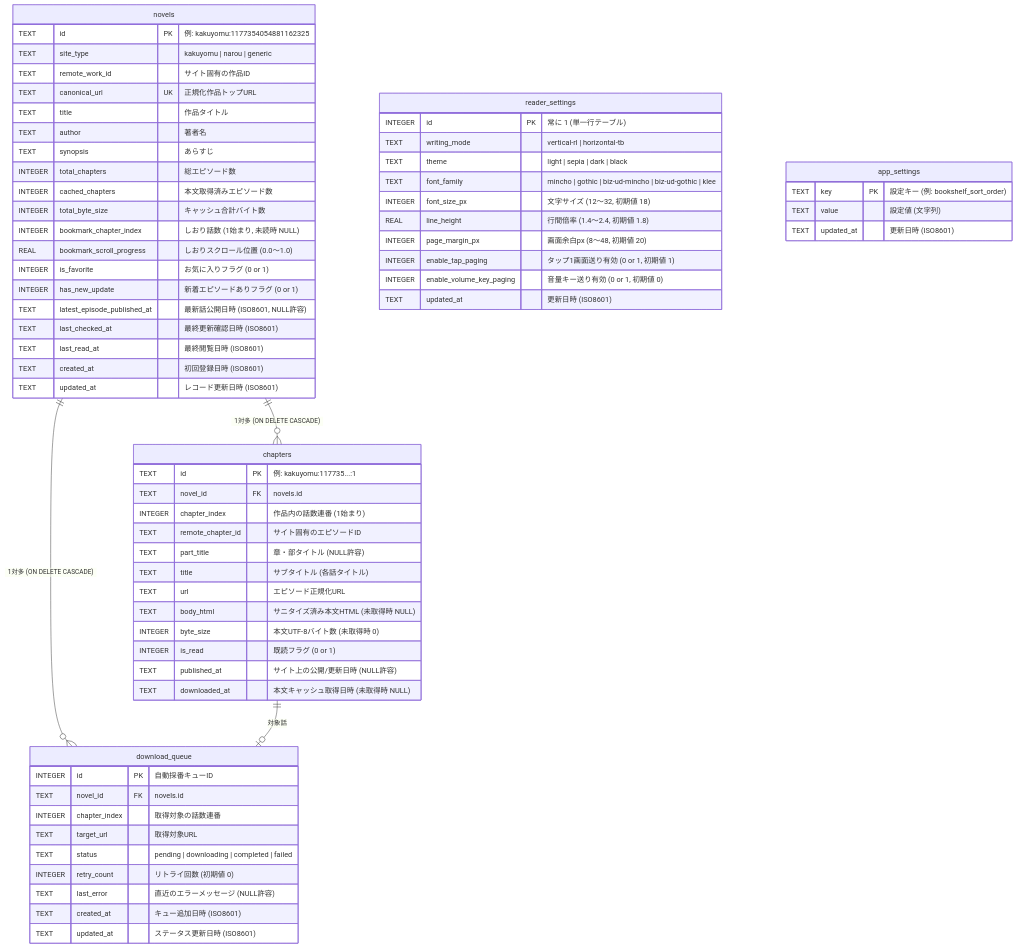
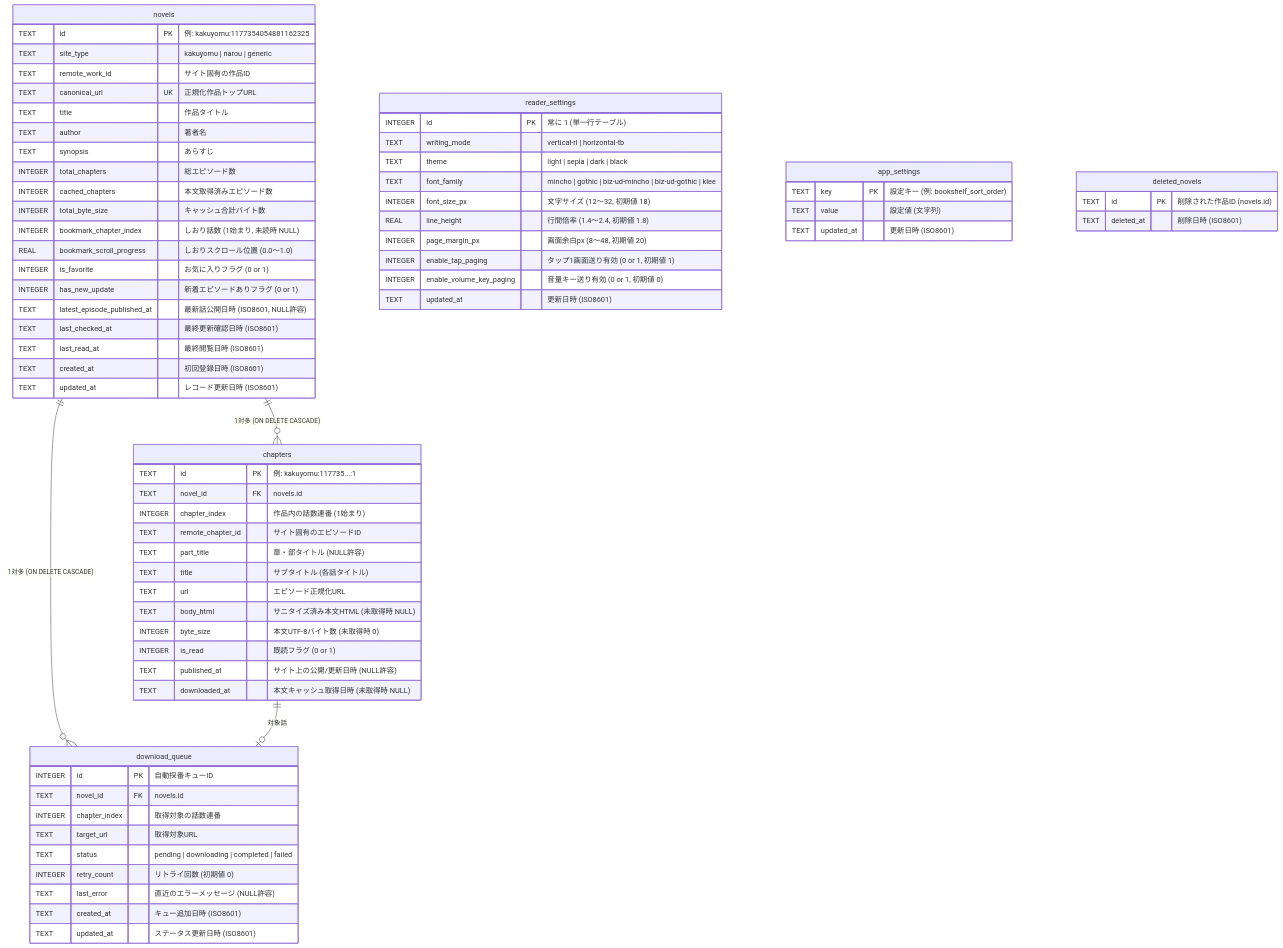
The diagram in docs/specs/db-schema.md (high-soar/Yommy), drawn with Mermaid before and after one commit. The commit also changed other lines of this file and 12 other files, not shown here.

````diff
--- a/docs/specs/db-schema.md
+++ b/docs/specs/db-schema.md
@@ -41,74 +54,79 @@
 ```mermaid
 erDiagram
     novels ||--o{ chapters : "1対多 (ON DELETE CASCADE)"
     novels ||--o{ download_queue : "1対多 (ON DELETE CASCADE)"
     chapters ||--o| download_queue : "対象話"
 
     novels {
         TEXT id PK "例: kakuyomu:1177354054881162325"
         TEXT site_type "kakuyomu | narou | generic"
         TEXT remote_work_id "サイト固有の作品ID"
         TEXT canonical_url UK "正規化作品トップURL"
         TEXT title "作品タイトル"
         TEXT author "著者名"
         TEXT synopsis "あらすじ"
         INTEGER total_chapters "総エピソード数"
         INTEGER cached_chapters "本文取得済みエピソード数"
         INTEGER total_byte_size "キャッシュ合計バイト数"
         INTEGER bookmark_chapter_index "しおり話数 (1始まり, 未読時 NULL)"
         REAL bookmark_scroll_progress "しおりスクロール位置 (0.0〜1.0)"
         INTEGER is_favorite "お気に入りフラグ (0 or 1)"
         INTEGER has_new_update "新着エピソードありフラグ (0 or 1)"
         TEXT latest_episode_published_at "最新話公開日時 (ISO8601, NULL許容)"
         TEXT last_checked_at "最終更新確認日時 (ISO8601)"
         TEXT last_read_at "最終閲覧日時 (ISO8601)"
         TEXT created_at "初回登録日時 (ISO8601)"
         TEXT updated_at "レコード更新日時 (ISO8601)"
     }
 
     chapters {
         TEXT id PK "例: kakuyomu:117735...:1"
         TEXT novel_id FK "novels.id"
         INTEGER chapter_index "作品内の話数連番 (1始まり)"
         TEXT remote_chapter_id "サイト固有のエピソードID"
         TEXT part_title "章・部タイトル (NULL許容)"
         TEXT title "サブタイトル (各話タイトル)"
         TEXT url "エピソード正規化URL"
         TEXT body_html "サニタイズ済み本文HTML (未取得時 NULL)"
         INTEGER byte_size "本文UTF-8バイト数 (未取得時 0)"
         INTEGER is_read "既読フラグ (0 or 1)"
         TEXT published_at "サイト上の公開/更新日時 (NULL許容)"
         TEXT downloaded_at "本文キャッシュ取得日時 (未取得時 NULL)"
     }
 
     download_queue {
         INTEGER id PK "自動採番キューID"
         TEXT novel_id FK "novels.id"
         INTEGER chapter_index "取得対象の話数連番"
         TEXT target_url "取得対象URL"
         TEXT status "pending | downloading | completed | failed"
         INTEGER retry_count "リトライ回数 (初期値 0)"
         TEXT last_error "直近のエラーメッセージ (NULL許容)"
         TEXT created_at "キュー追加日時 (ISO8601)"
         TEXT updated_at "ステータス更新日時 (ISO8601)"
     }
 
     reader_settings {
         INTEGER id PK "常に 1 (単一行テーブル)"
         TEXT writing_mode "vertical-rl | horizontal-tb"
         TEXT theme "light | sepia | dark | black"
         TEXT font_family "mincho | gothic | biz-ud-mincho | biz-ud-gothic | klee"
         INTEGER font_size_px "文字サイズ (12〜32, 初期値 18)"
         REAL line_height "行間倍率 (1.4〜2.4, 初期値 1.8)"
         INTEGER page_margin_px "画面余白px (8〜48, 初期値 20)"
         INTEGER enable_tap_paging "タップ1画面送り有効 (0 or 1, 初期値 1)"
         INTEGER enable_volume_key_paging "音量キー送り有効 (0 or 1, 初期値 0)"
         TEXT updated_at "更新日時 (ISO8601)"
     }
 
     app_settings {
         TEXT key PK "設定キー (例: bookshelf_sort_order)"
         TEXT value "設定値 (文字列)"
         TEXT updated_at "更新日時 (ISO8601)"
     }
+
+    deleted_novels {
+        TEXT id PK "削除された作品ID (novels.id)"
+        TEXT deleted_at "削除日時 (ISO8601)"
+    }
 ```
````
